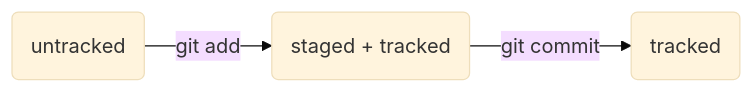
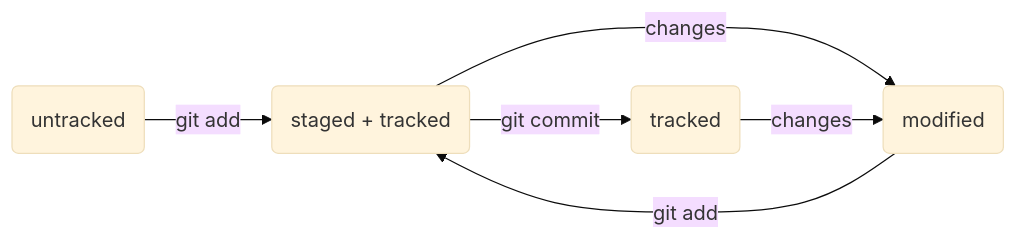
The second of 2 diagrams in README.md (VSlava256/summary), drawn with Mermaid (base theme) before and after one commit.

Commit message:
v13 Add mermaid scheme about status of files

````diff
--- a/README.md
+++ b/README.md
@@ -45,6 +45,9 @@
 ```mermaid
 graph LR;
 %% так в mermaid можно писать комментарии
   A(untracked) -- "git add" --> B(staged + tracked);
-  B -- "git commit" --> c(tracked);
+  B -- "git commit" --> C(tracked);
+  D(modified) -- "git add" --> B;
+  B -- "changes" --> D;
+  C -- "changes" --> D;
 ``` 
````
